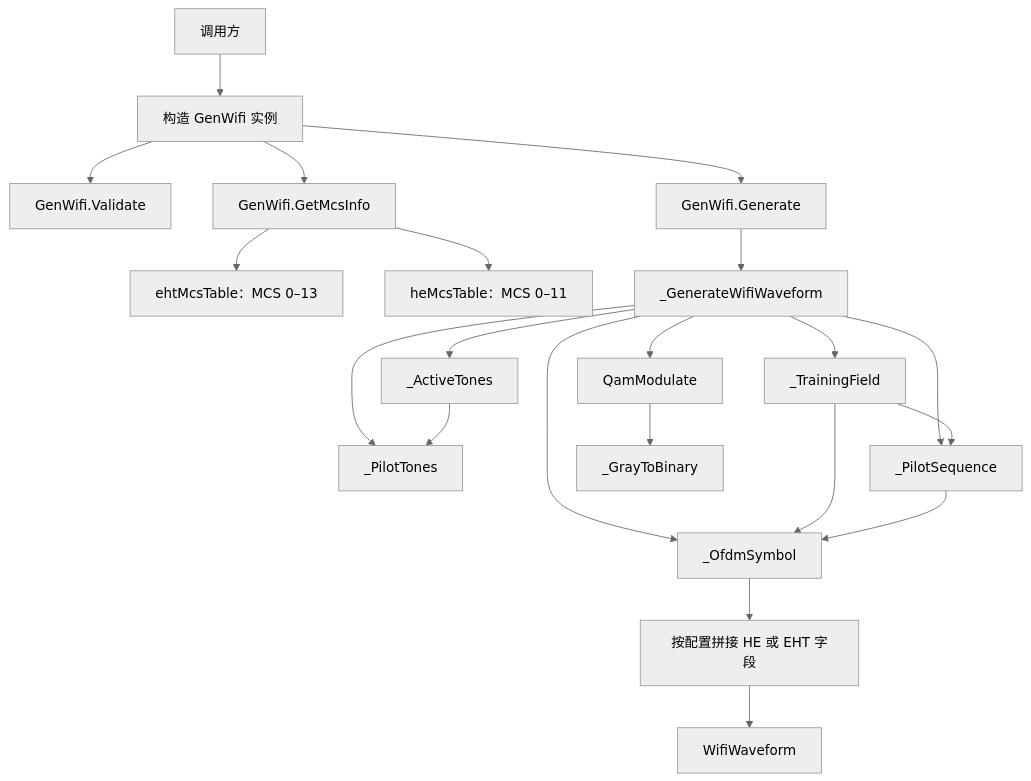
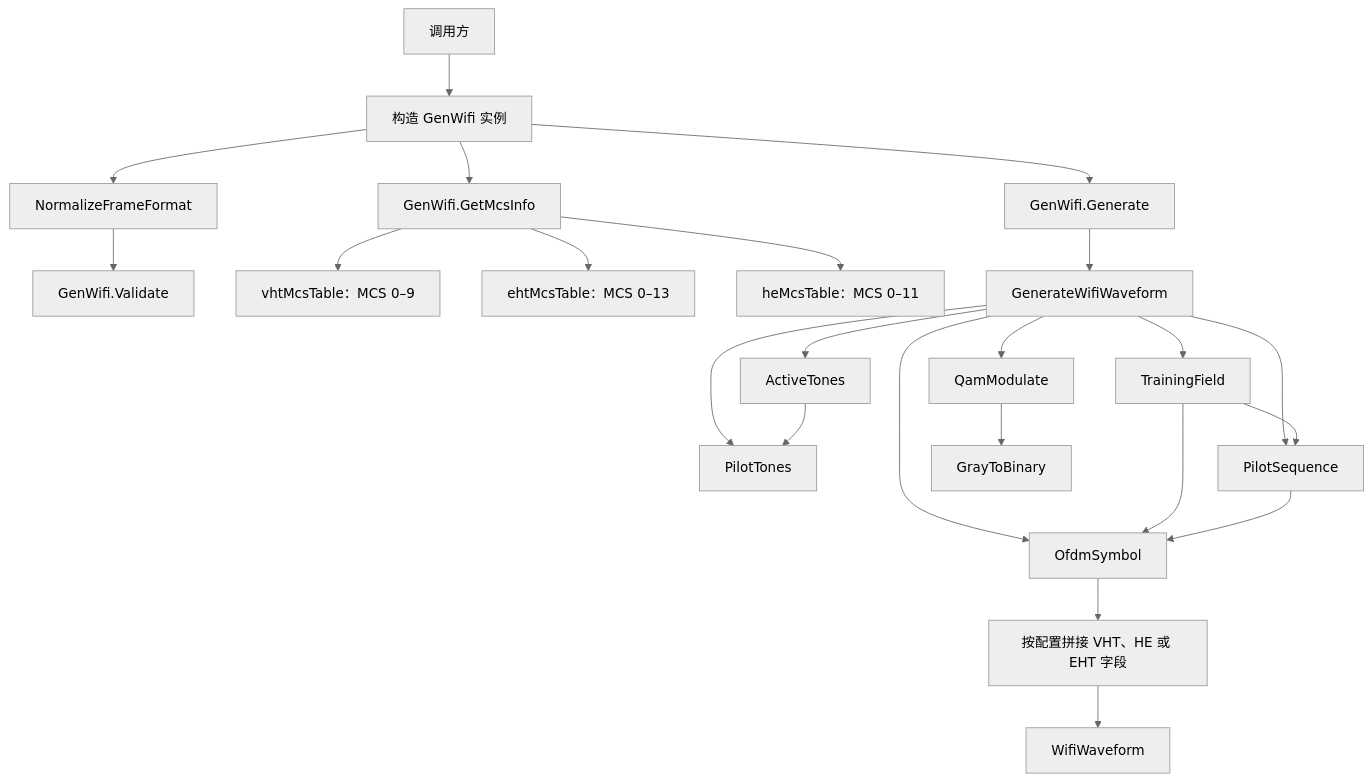
One commit to niyilu45/DPD_ILC changed the second of 10 diagrams in README.md. Above: the diagram before and after it, drawn with Mermaid (neutral theme). The commit also changed other lines of this file and 13 other files, not shown here.

Commit message:
Expand VHT HE EHT DPD-ILC simulation

````diff
--- a/README.md
+++ b/README.md
@@ -101,25 +106,27 @@
 ```mermaid
 flowchart TD
     caller["调用方"] --> config["构造 GenWifi 实例"]
-    config --> validate["GenWifi.Validate"]
+    config --> normalize["NormalizeFrameFormat"]
+    normalize --> validate["GenWifi.Validate"]
     config --> mcs["GenWifi.GetMcsInfo"]
     config --> generate["GenWifi.Generate"]
+    mcs --> vhtTable["vhtMcsTable：MCS 0–9"]
     mcs --> ehtTable["ehtMcsTable：MCS 0–13"]
     mcs --> heTable["heMcsTable：MCS 0–11"]
-    generate --> privateGenerate["_GenerateWifiWaveform"]
+    generate --> privateGenerate["GenerateWifiWaveform"]
 
-    privateGenerate --> active["_ActiveTones"]
-    privateGenerate --> pilots["_PilotTones"]
+    privateGenerate --> active["ActiveTones"]
+    privateGenerate --> pilots["PilotTones"]
     active --> pilots
-    privateGenerate --> training["_TrainingField"]
+    privateGenerate --> training["TrainingField"]
     privateGenerate --> qam["QamModulate"]
-    privateGenerate --> pilotSequence["_PilotSequence"]
-    privateGenerate --> ofdm["_OfdmSymbol"]
+    privateGenerate --> pilotSequence["PilotSequence"]
+    privateGenerate --> ofdm["OfdmSymbol"]
 
-    qam --> gray["_GrayToBinary"]
+    qam --> gray["GrayToBinary"]
     training --> pilotSequence
     training --> ofdm
     pilotSequence --> ofdm
-    ofdm --> packet["按配置拼接 HE 或 EHT 字段"]
+    ofdm --> packet["按配置拼接 VHT、HE 或 EHT 字段"]
     packet --> waveform["WifiWaveform"]
 ```
````
